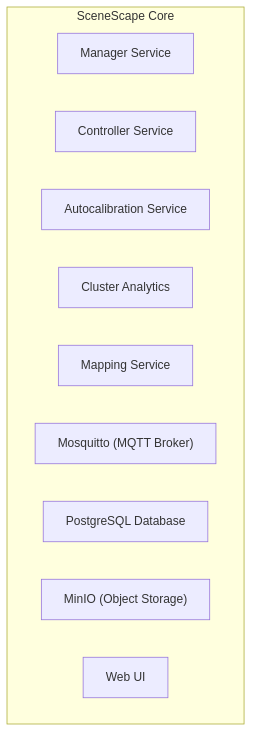
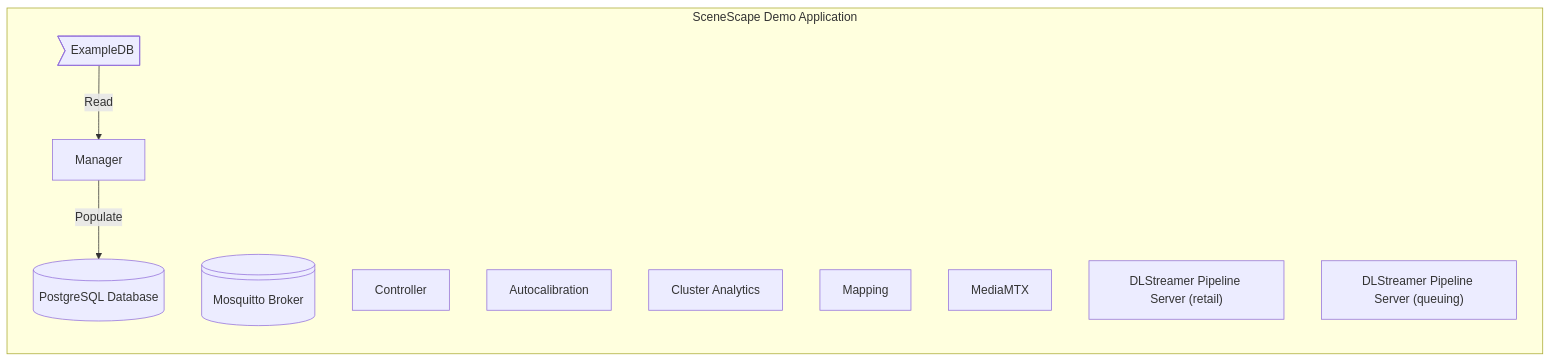
One commit to open-edge-platform/scenescape changed the first of 2 diagrams in docs/design/core-senescape-deployment-package.md. Above: the diagram before and after it, drawn with Mermaid. The commit also changed other lines of this file, not shown here.

Commit message:
added diagrams:

````diff
--- a/docs/design/core-senescape-deployment-package.md
+++ b/docs/design/core-senescape-deployment-package.md
@@ -39,14 +41,19 @@
 ```mermaid
-flowchart TD
-  subgraph SceneScape Core
-    Manager["Manager Service"]
-    Controller["Controller Service"]
-    Autocalibration["Autocalibration Service"]
+flowchart LR
+  subgraph SceneScape Demo Application
+    Postgres["PostgreSQL Database"]@{ shape: "cylinder" }
+    Mosquitto["Mosquitto Broker"]@{ shape: "lin-cyl" }
+    Manager["Manager"]
+    Controller["Controller"]
+    Autocalibration["Autocalibration"]
     ClusterAnalytics["Cluster Analytics"]
-    Mapping["Mapping Service"]
-    Mosquitto["Mosquitto (MQTT Broker)"]
-    Postgres["PostgreSQL Database"]
-    Minio["MinIO (Object Storage)"]
-    UI["Web UI"]
+    Mapping["Mapping"]
+    MediaMtx["MediaMTX"]
+    ExampleDB@{ shape: "odd" }
+    DLSPSRetail["DLStreamer Pipeline Server (retail)"]
+    DLSPSSQueuing["DLStreamer Pipeline Server (queuing)"]
+
+    ExampleDB -->|Read| Manager
+    Manager -->|Populate| Postgres
   end
 ```
````
